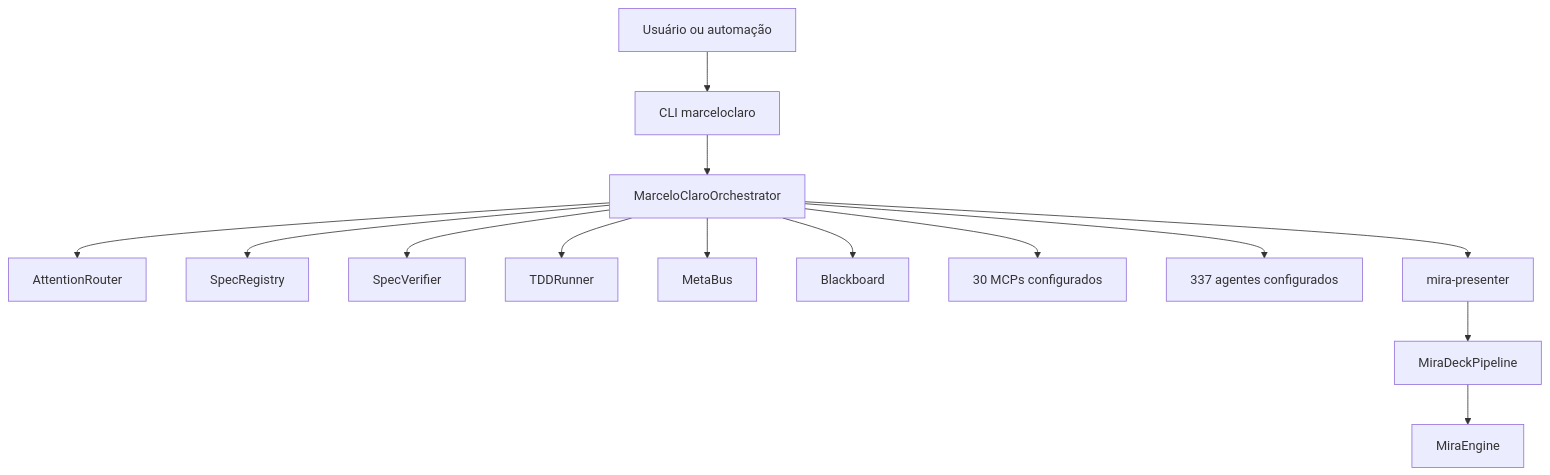
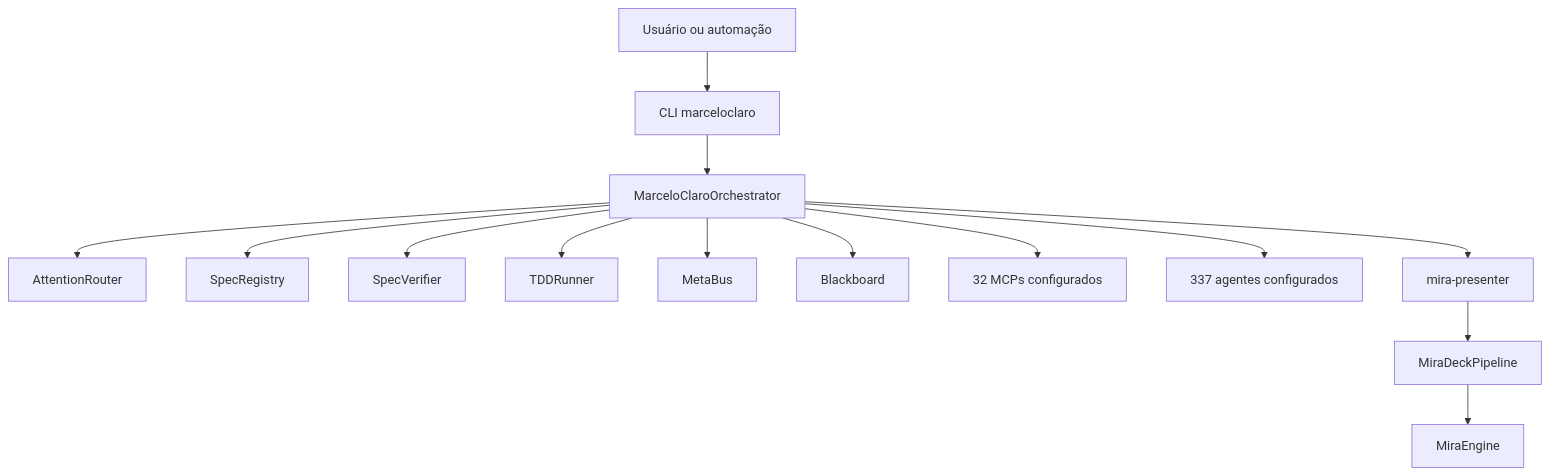
Before and after one commit to MarceloClaro/opencode-ecosystem-core: the third of 29 diagrams in README.md, drawn with Mermaid. The commit also changed other lines of this file and 84 other files, not shown here.

````diff
--- a/README.md
+++ b/README.md
@@ -1130,16 +1160,16 @@
 ```mermaid
 flowchart TB
     Usuario2[Usuário ou automação] --> CLI2[CLI marceloclaro]
     CLI2 --> Orq2[MarceloClaroOrchestrator]
     Orq2 --> Router[AttentionRouter]
     Orq2 --> SpecRegistry2[SpecRegistry]
     Orq2 --> SpecVerifier2[SpecVerifier]
     Orq2 --> TDDRunner2[TDDRunner]
     Orq2 --> MetaBus2[MetaBus]
     Orq2 --> Blackboard2[Blackboard]
-    Orq2 --> MCP2[30 MCPs configurados]
+    Orq2 --> MCP2[32 MCPs configurados]
     Orq2 --> Agents2[337 agentes configurados]
     Orq2 --> Mira2[mira-presenter]
     Mira2 --> Deck2[MiraDeckPipeline]
     Deck2 --> Engine2[MiraEngine]
 ```
````
